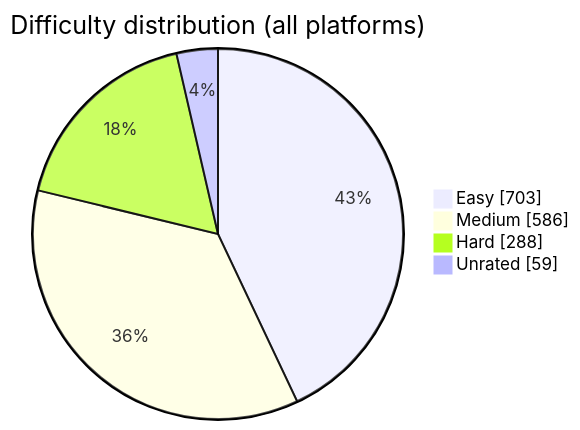
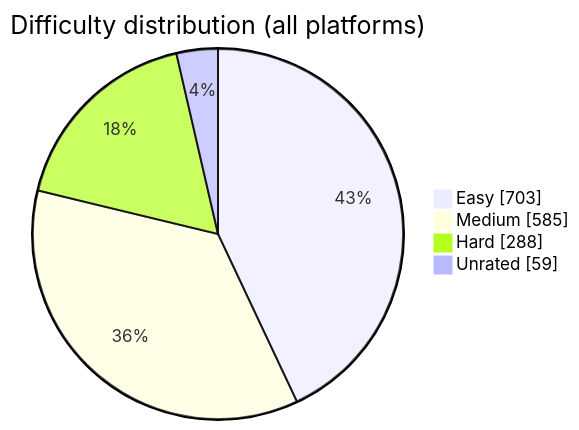
The diagram in README.md (BuildbyArindam/Daily-Coding-Log), drawn with Mermaid before and after one commit. The commit also changed other lines of this file, not shown here.

````diff
--- a/README.md
+++ b/README.md
@@ -93,7 +93,7 @@
 ```mermaid
 pie showData title Difficulty distribution (all platforms)
     "Easy" : 703
-    "Medium" : 586
+    "Medium" : 585
     "Hard" : 288
     "Unrated" : 59
 ```
````
